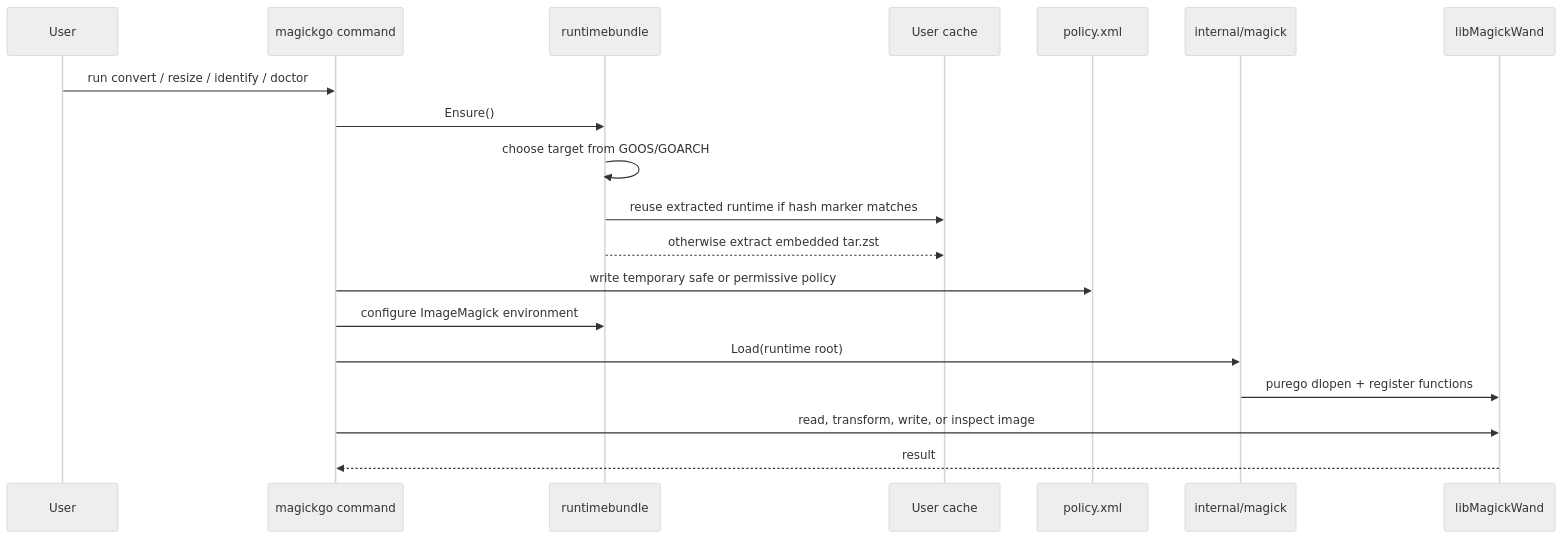
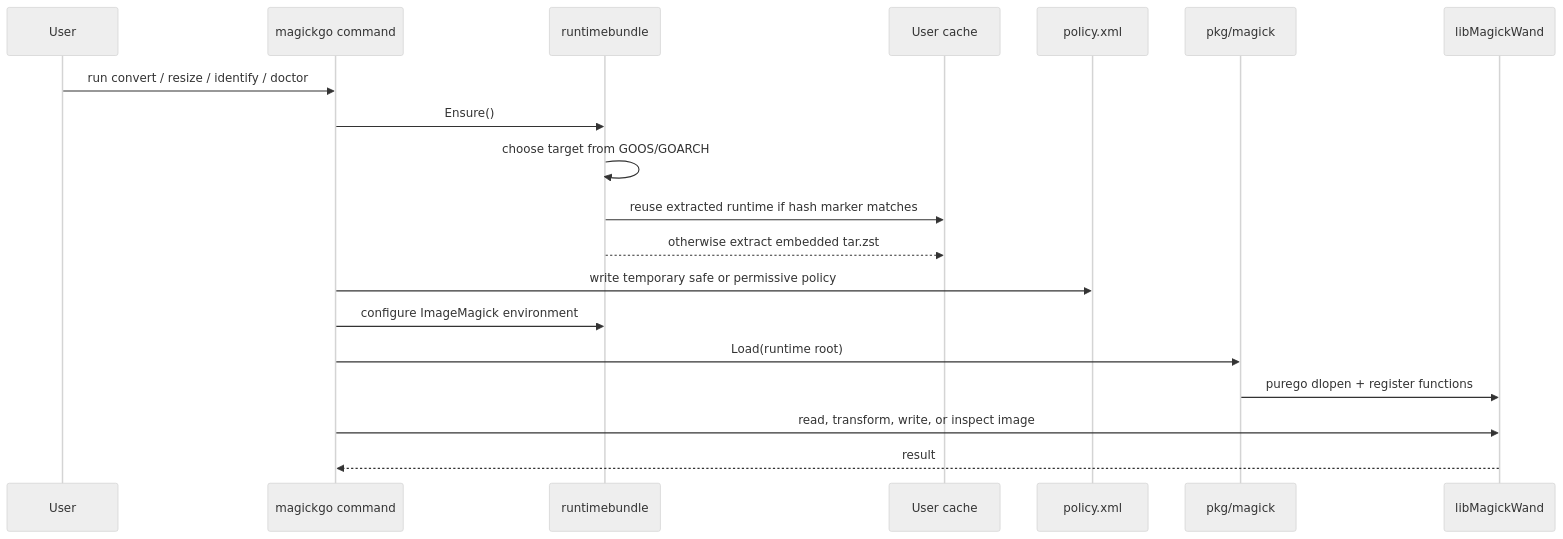
Before and after one commit to yashikota/magick-go: the second of 2 diagrams in README.ja.md, drawn with Mermaid (neutral theme). The commit also changed other lines of this file and 243 other files, not shown here.

````diff
--- a/README.ja.md
+++ b/README.ja.md
@@ -98,22 +119,22 @@
 ```mermaid
 sequenceDiagram
     participant User
     participant CLI as magickgo command
     participant Bundle as runtimebundle
     participant Cache as User cache
     participant Policy as policy.xml
-    participant Magick as internal/magick
+    participant Magick as pkg/magick
     participant Wand as libMagickWand
 
     User->>CLI: run convert / resize / identify / doctor
     CLI->>Bundle: Ensure()
     Bundle->>Bundle: choose target from GOOS/GOARCH
     Bundle->>Cache: reuse extracted runtime if hash marker matches
     Bundle-->>Cache: otherwise extract embedded tar.zst
     CLI->>Policy: write temporary safe or permissive policy
     CLI->>Bundle: configure ImageMagick environment
     CLI->>Magick: Load(runtime root)
     Magick->>Wand: purego dlopen + register functions
     CLI->>Wand: read, transform, write, or inspect image
     Wand-->>CLI: result
 ```
````
